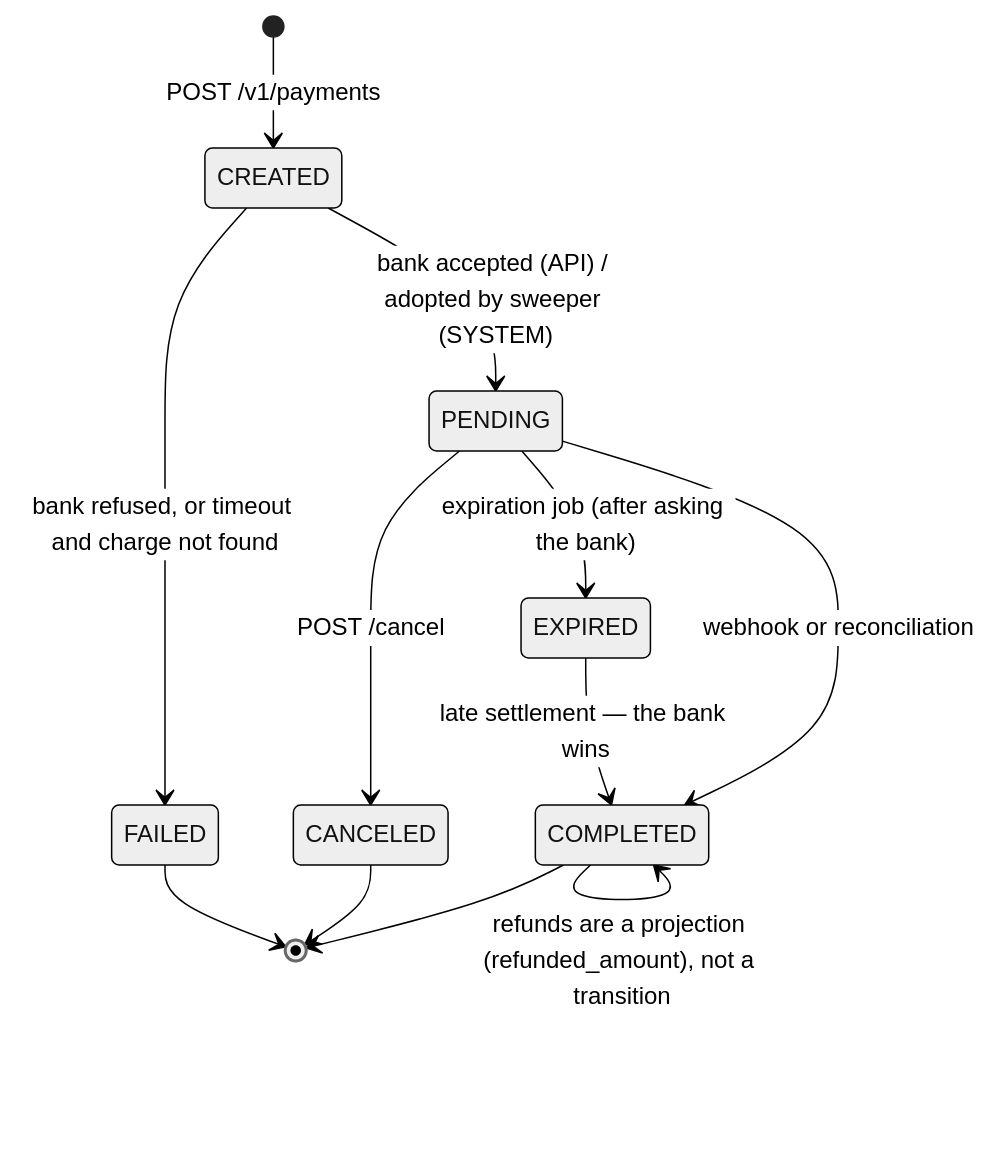
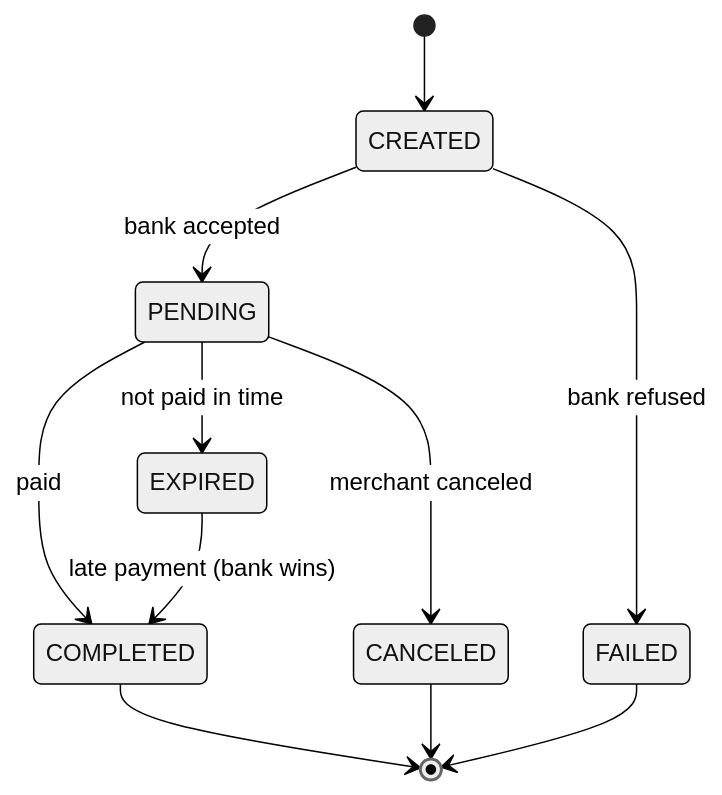
Before and after one commit to leonardolermen/payment-gateway: the diagram in docs/diagrams/payment-states.mmd, drawn with Mermaid (neutral theme). The commit also changed 13 other files, not shown here.

First line of the commit message:
docs: high-level architecture diagrams and the itau sandbox verification

```diff
--- a/docs/diagrams/payment-states.mmd
+++ b/docs/diagrams/payment-states.mmd
@@ -1,12 +1,11 @@
 stateDiagram-v2
-  [*] --> CREATED: POST /v1/payments
-  CREATED --> PENDING: bank accepted (API) / adopted by sweeper (SYSTEM)
-  CREATED --> FAILED: bank refused, or timeout and charge not found
-  PENDING --> COMPLETED: webhook or reconciliation
-  PENDING --> EXPIRED: expiration job (after asking the bank)
-  PENDING --> CANCELED: POST /cancel
-  EXPIRED --> COMPLETED: late settlement — the bank wins
-  COMPLETED --> COMPLETED: refunds are a projection (refunded_amount), not a transition
+  [*] --> CREATED
+  CREATED --> PENDING: bank accepted
+  CREATED --> FAILED: bank refused
+  PENDING --> COMPLETED: paid
+  PENDING --> EXPIRED: not paid in time
+  PENDING --> CANCELED: merchant canceled
+  EXPIRED --> COMPLETED: late payment (bank wins)
   COMPLETED --> [*]
   CANCELED --> [*]
   FAILED --> [*]
```
